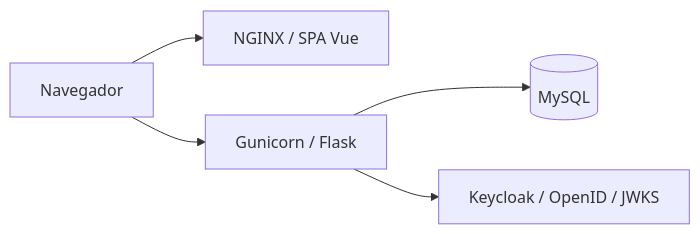
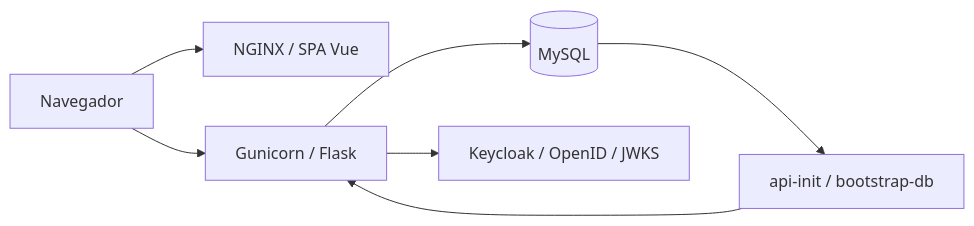
The diagram in ARCHITECTURE.md (v1n1c1u3gdm/python-demo), drawn with Mermaid before and after one commit. The commit also changed other lines of this file and 23 other files, not shown here.

First line of the commit message:
feat(api)!: coordinate database bootstrap before workers

````diff
--- a/ARCHITECTURE.md
+++ b/ARCHITECTURE.md
@@ -13,7 +13,9 @@
 ```mermaid
 flowchart LR
     Browser[Navegador] --> Nginx[NGINX / SPA Vue]
     Browser --> API[Gunicorn / Flask]
+    DB --> Init[api-init / bootstrap-db]
+    Init --> API
     API --> DB[(MySQL)]
     API --> KC[Keycloak / OpenID / JWKS]
 ```
````
